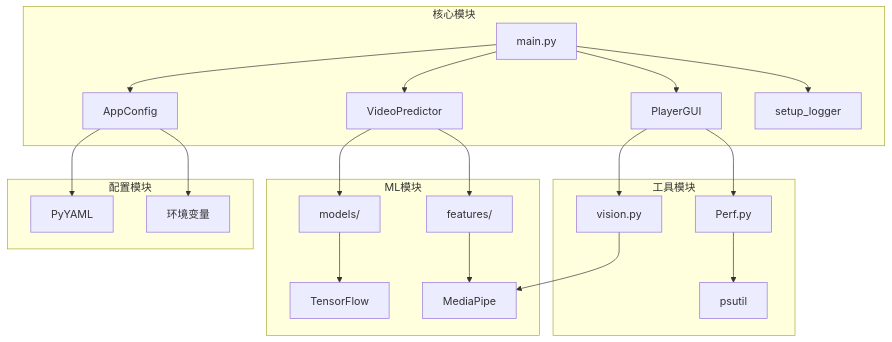
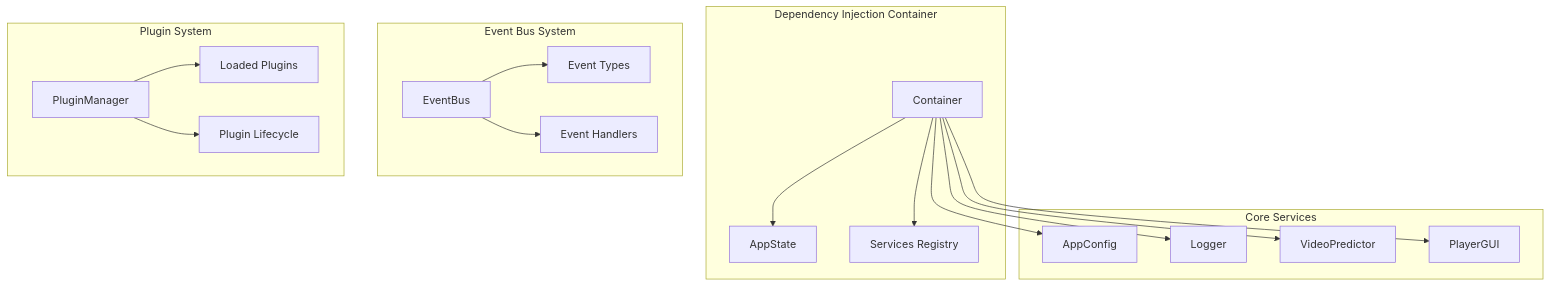
One commit to franciszero/RopeJumpCounter changed the fourth of 10 diagrams in docs/ARCHITECTURE.md. Above: the diagram before and after it, drawn with Mermaid. The commit also changed other lines of this file and 289 other files, not shown here.

````diff
--- a/docs/ARCHITECTURE.md
+++ b/docs/ARCHITECTURE.md
@@ -119,28 +160,40 @@
 ```mermaid
-graph TD
-    subgraph "核心模块"
-        A[main.py] --> B[AppConfig]
-        A --> C[VideoPredictor]
-        A --> D[PlayerGUI]
-        A --> E[setup_logger]
+graph TB
+    subgraph "Dependency Injection Container"
+        CONTAINER[Container]
+        STATE[AppState]
+        SERVICES[Services Registry]
     end
     
-    subgraph "ML模块"
-        C --> F[models/]
-        C --> G[features/]
-        F --> H[TensorFlow]
-        G --> I[MediaPipe]
+    subgraph "Event Bus System"
+        EVENTBUS[EventBus]
+        EVENTS[Event Types]
+        HANDLERS[Event Handlers]
     end
     
-    subgraph "工具模块"
-        D --> J[vision.py]
-        D --> K[Perf.py]
-        J --> I
-        K --> L[psutil]
+    subgraph "Plugin System"
+        PLUGIN[PluginManager]
+        PLUGINS[Loaded Plugins]
+        LIFECYCLE[Plugin Lifecycle]
     end
     
-    subgraph "配置模块"
-        B --> M[PyYAML]
-        B --> N[环境变量]
+    subgraph "Core Services"
+        CONFIG[AppConfig]
+        LOGGER[Logger]
+        PREDICTOR[VideoPredictor]
+        GUI[PlayerGUI]
     end
+    
+    CONTAINER --> STATE
+    CONTAINER --> SERVICES
+    CONTAINER --> CONFIG
+    CONTAINER --> LOGGER
+    CONTAINER --> PREDICTOR
+    CONTAINER --> GUI
+    
+    EVENTBUS --> EVENTS
+    EVENTBUS --> HANDLERS
+    
+    PLUGIN --> PLUGINS
+    PLUGIN --> LIFECYCLE
 ```
````
